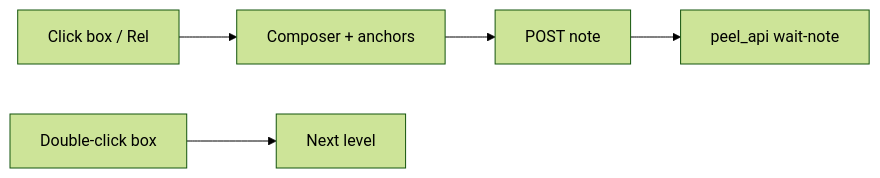
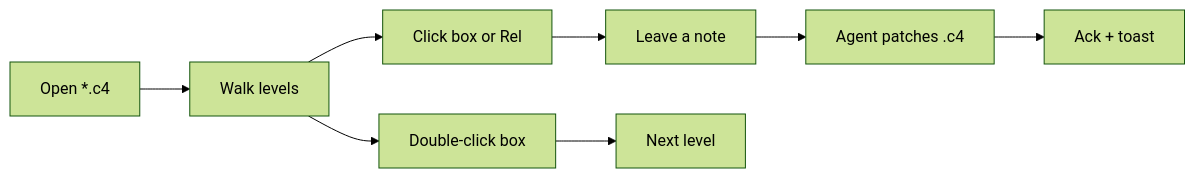
The diagram in docs/deck-c4.md (wnoronha/peel), drawn with Mermaid (forest theme) before and after one commit. The commit also changed other lines of this file and 2 other files, not shown here.

````diff
--- a/docs/deck-c4.md
+++ b/docs/deck-c4.md
@@ -47,7 +80,10 @@
 ```mermaid
 flowchart LR
-  Click[Click box / Rel] --> Composer[Composer + anchors]
-  Dbl[Double-click box] --> Drill[Next level]
-  Composer --> Note[POST note]
-  Note --> Agent[peel_api wait-note]
+  Open[Open *.c4] --> Walk[Walk levels]
+  Walk --> Click[Click box or Rel]
+  Click --> Note[Leave a note]
+  Note --> Agent[Agent patches .c4]
+  Agent --> Ack[Ack + toast]
+  Walk --> Drill[Double-click box]
+  Drill --> Deeper[Next level]
 ```
````
